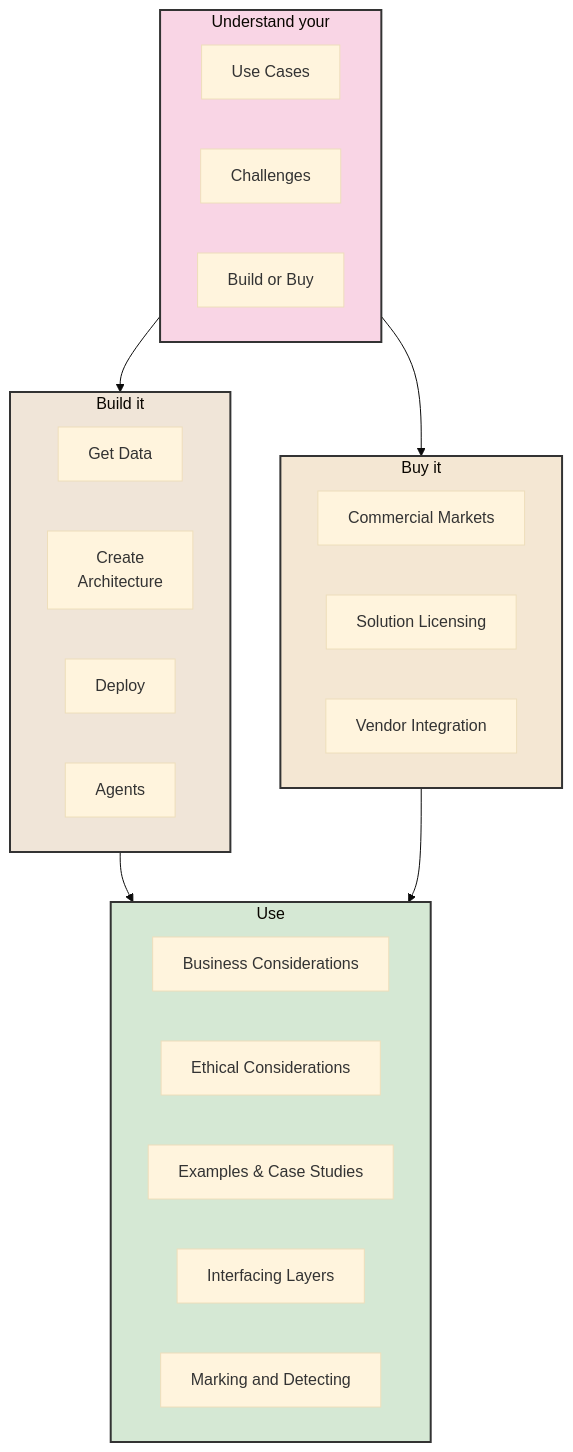
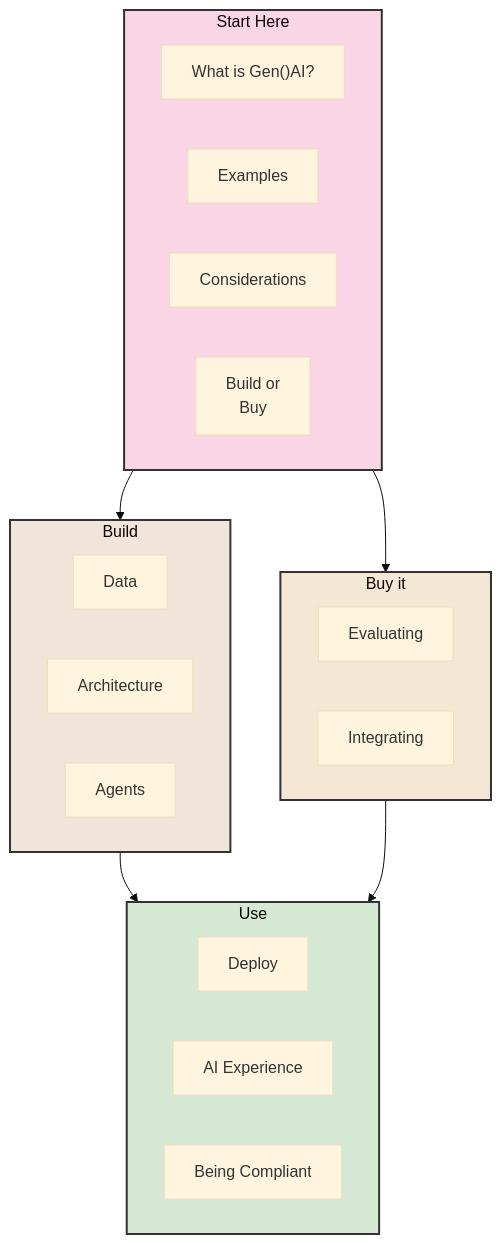
The first of 2 diagrams in docs/Understanding/index.md (ianderrington/genai), drawn with Mermaid (base theme) before and after one commit. The commit also changed other lines of this file and 30 other files, not shown here.

````diff
--- a/docs/Understanding/index.md
+++ b/docs/Understanding/index.md
@@ -20,60 +20,55 @@
     ```mermaid
     graph TD
-        subgraph Understand["Understand your"]
-            UC["Use Cases"]
-            CH["Challenges"]
-            BB["Build or Buy"]
+        subgraph Understand["Start Here"]
+            WG["What is Gen()AI?"]
+            Examples["Examples"]
+            CH["Considerations"]
+            BB["Build or<br>Buy"]
         end
 
-        subgraph Build["Build it"]
-            Data["Get Data"]
-            MA["Create\nArchitecture"]
-
-            Deploy["Deploy"]
+        subgraph Build["Build"]
+            Data["Data"]
+            MA["Architecture"]
+            
             AG["Agents"]
         end
 
         subgraph Buy["Buy it"]
-            CM["Commercial Markets"]
-            SL["Solution Licensing"]
-            VI["Vendor Integration"]
+            SL["Evaluating"]
+            VI["Integrating"]
         end
 
         subgraph Use["Use"]
-            Business["Business Considerations"]
-            Ethical["Ethical Considerations"]
-            Examples["Examples & Case Studies"]
-            Interfacing["Interfacing Layers"]
-            Marking["Marking and Detecting"]
+            Deploy["Deploy"]
+            AIX["AI Experience"]
+            Compliance["Being Compliant"]
         end
 
         Understand --> Build --> Use
         Understand --> Buy --> Use
 
-        click UC "./overview/use_cases.html"
-        click CH "./overview/challenges.html"
-        click BB "./overview/building_or_buying.html"
+        click WG "./overview/index.html"
+        click CH "./overview/gen_ai/considerations.html"
+        click BB "../using/strategically/building_or_buying.html"
         click Data "./data/index.html"
         click MA "./architectures/index.html"
         click Deploy "./deploying/index.html"
+        click AIX "./building_applications/front_end/index.html"
         click AG "./agents/index.html"
         click CM "../Using/commercial_markets.html"
         click SL "../Using/solution_licensing.html"
         click VI "../Using/vendor_integration.html"
-        click Business "../Using/business.html"
-        click Ethical "../Using/ethically/index.html"
         click Examples "../Using/examples/index.html"
-        click Interfacing "../Using/interfacing_layers/web_plugins.html"
-        click Marking "../Using/marking_and_detecting.html"
+        click Compliance "../Using/managing/index.html"
 
         classDef warmColor fill:#f9d5e5,stroke:#333,stroke-width:2px;
         classDef midColor fill:#f0e5d8,stroke:#333,stroke-width:2px;
         classDef buyColor fill:#f4e7d3,stroke:#333,stroke-width:2px;
         classDef coolColor fill:#d5e8d4,stroke:#333,stroke-width:2px;
 
         class Understand warmColor;
         class Build midColor;
         class Buy buyColor;
         class Use coolColor;
 
     ```
````
